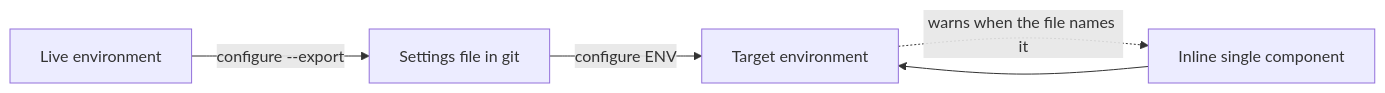
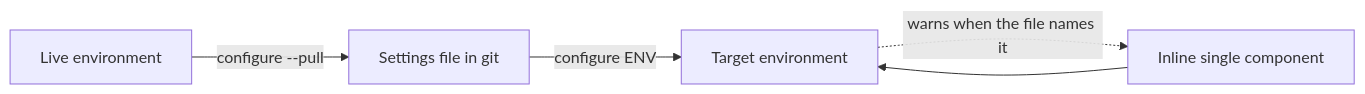
The diagram in docs/plans/2026-09-05-1332-feat-environment-configure-command-plan.md (RemyDuijkeren/Flowline), drawn with Mermaid before and after one commit. The commit also changed other lines of this file and 3 other files, not shown here.

First line of the commit message:
docs(plan): update `flowline configure` to align with PAC and simplify terminology

````diff
--- a/docs/plans/2026-09-05-1332-feat-environment-configure-command-plan.md
+++ b/docs/plans/2026-09-05-1332-feat-environment-configure-command-plan.md
@@ -113,7 +122,7 @@
 ```mermaid
 flowchart LR
-  ENV[Live environment] -->|configure --export| FILE[Settings file in git]
+  ENV[Live environment] -->|configure --pull| FILE[Settings file in git]
   FILE -->|configure ENV| A[Target environment]
   INLINE[Inline single component] --> A
   A -.->|warns when the file names it| INLINE
 ```
````
